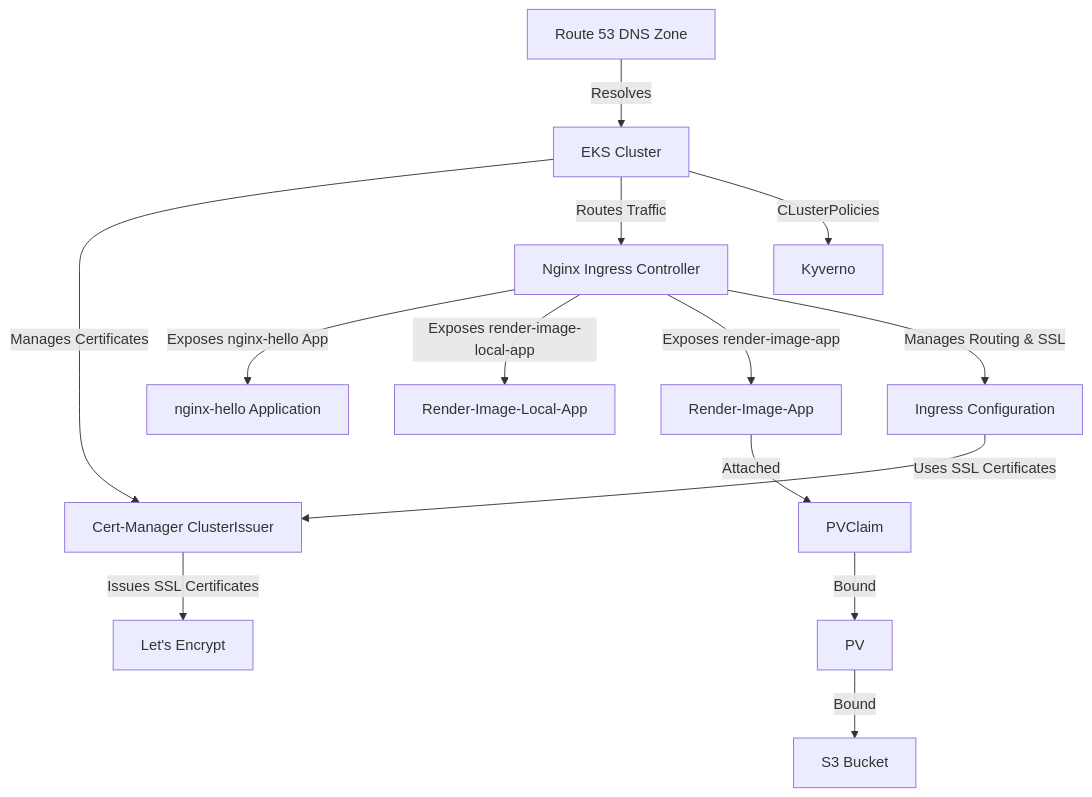
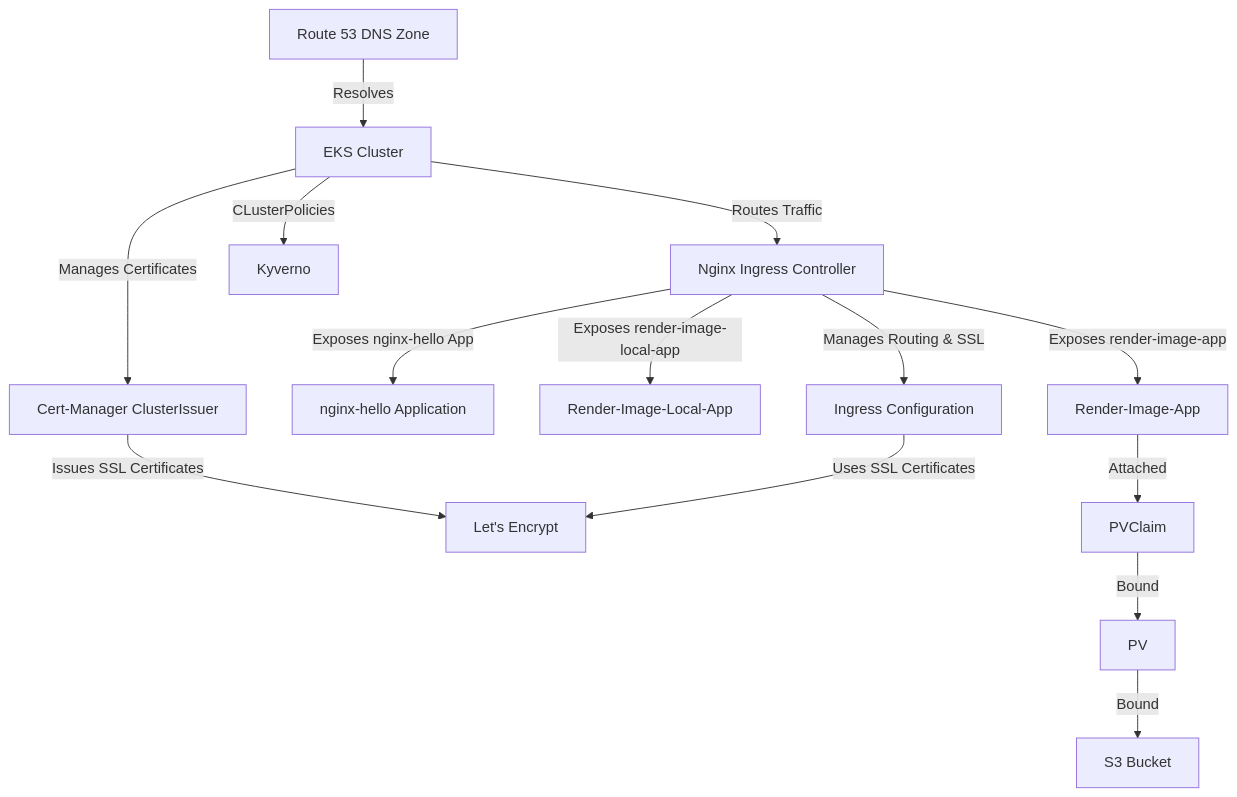
The diagram in accounts/new-work/workload/configuration/README.md (FedericoDelSaz/EKS-S3-AWS), drawn with Mermaid before and after one commit.

````diff
--- a/accounts/new-work/workload/configuration/README.md
+++ b/accounts/new-work/workload/configuration/README.md
@@ -50,17 +50,17 @@
 ```mermaid
 graph TD;
   A[Route 53 DNS Zone] -->|Resolves| B[EKS Cluster];
   B -->|Manages Certificates| C[Cert-Manager ClusterIssuer];
   C -->|Issues SSL Certificates| D[Let's Encrypt];
   B -->|Routes Traffic| E[Nginx Ingress Controller];
   B -->|CLusterPolicies| J[Kyverno];
   E -->|Exposes nginx-hello App| F[nginx-hello Application];
   E -->|Exposes render-image-local-app| G[Render-Image-Local-App];
   E -->|Exposes render-image-app| H[Render-Image-App];
   H -->|Attached| F5[PVClaim]
   F5 -->|Bound| F6[PV]
   F6 -->|Bound| F1[S3 Bucket]
   E -->|Manages Routing & SSL| I[Ingress Configuration];
-  I -->|Uses SSL Certificates| C;
+  I -->|Uses SSL Certificates| D;
 
 ```  
````
